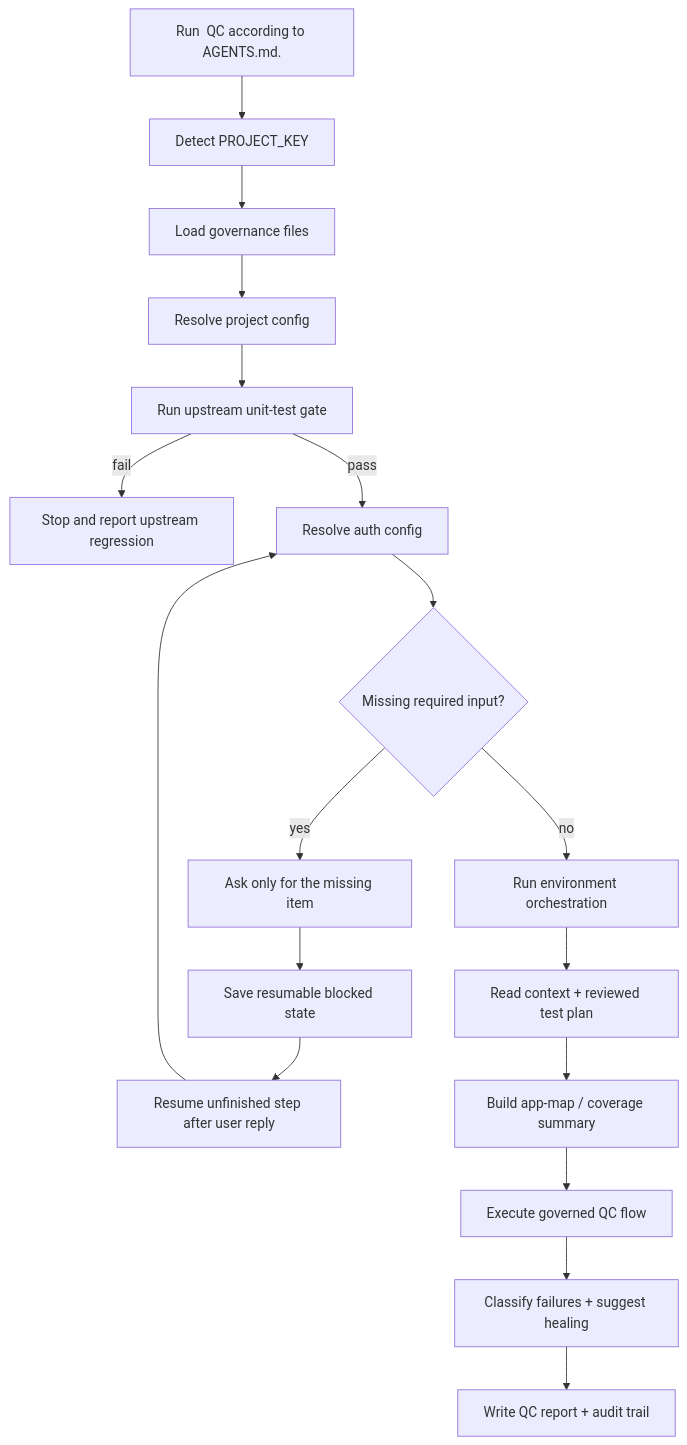
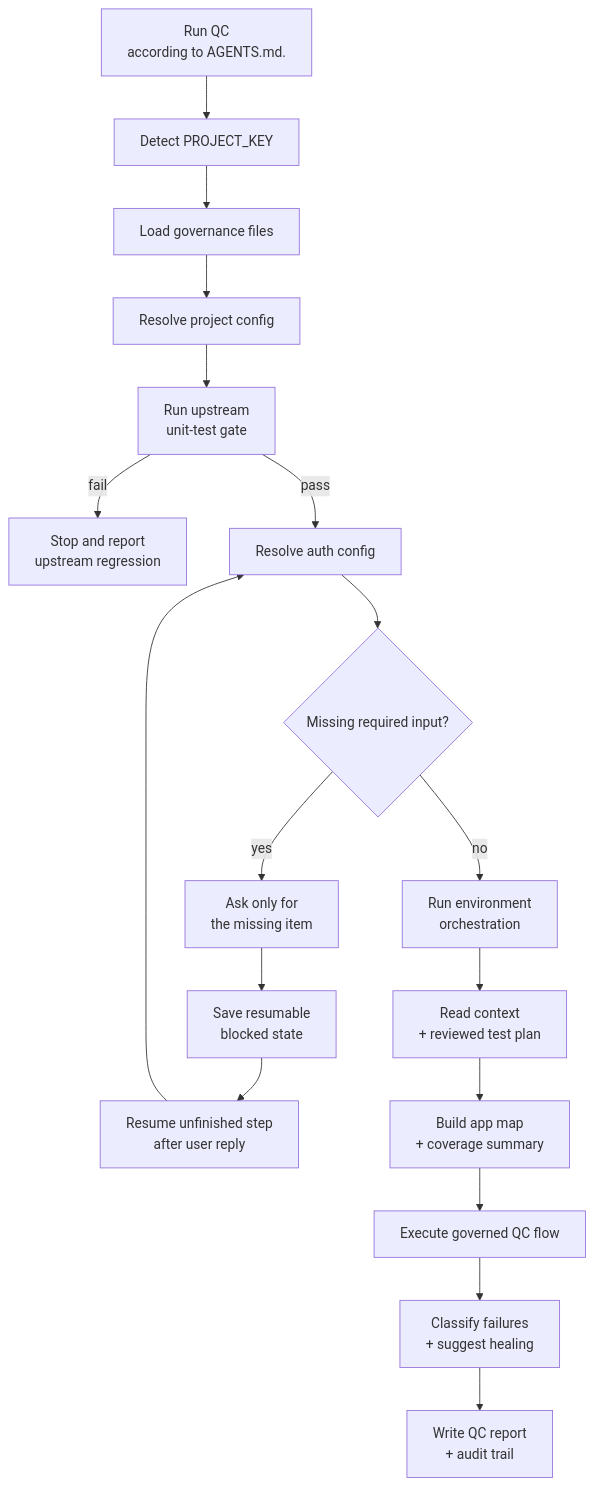
One commit to Qin-BL/quality-platform changed the third of 4 diagrams in README.md. Above: the diagram before and after it, drawn with Mermaid. The commit also changed other lines of this file and 2 other files, not shown here.

Commit message:
Improve diagram readability

```diff
--- a/README.md
+++ b/README.md
@@ -99,20 +99,20 @@
 ::: mermaid
 graph TD
-    C["Run <project-key> QC according to AGENTS.md."] --> K["Detect PROJECT_KEY"]
+    C["Run <project-key> QC<br/>according to AGENTS.md."] --> K["Detect PROJECT_KEY"]
     K --> G["Load governance files"]
     G --> PC["Resolve project config"]
-    PC --> UG["Run upstream unit-test gate"]
-    UG -->|fail| STOP1["Stop and report upstream regression"]
+    PC --> UG["Run upstream<br/>unit-test gate"]
+    UG -->|fail| STOP1["Stop and report<br/>upstream regression"]
     UG -->|pass| AC["Resolve auth config"]
     AC --> MI{"Missing required input?"}
-    MI -->|yes| ASK["Ask only for the missing item"]
-    ASK --> SAVE["Save resumable blocked state"]
-    SAVE --> RESUME["Resume unfinished step after user reply"]
+    MI -->|yes| ASK["Ask only for<br/>the missing item"]
+    ASK --> SAVE["Save resumable<br/>blocked state"]
+    SAVE --> RESUME["Resume unfinished step<br/>after user reply"]
     RESUME --> AC
-    MI -->|no| ORCH["Run environment orchestration"]
-    ORCH --> CTX["Read context + reviewed test plan"]
-    CTX --> MAP["Build app-map / coverage summary"]
+    MI -->|no| ORCH["Run environment<br/>orchestration"]
+    ORCH --> CTX["Read context<br/>+ reviewed test plan"]
+    CTX --> MAP["Build app map<br/>+ coverage summary"]
     MAP --> RUN["Execute governed QC flow"]
-    RUN --> FAIL["Classify failures + suggest healing"]
-    FAIL --> REPORT["Write QC report + audit trail"]
+    RUN --> FAIL["Classify failures<br/>+ suggest healing"]
+    FAIL --> REPORT["Write QC report<br/>+ audit trail"]
 :::
```
